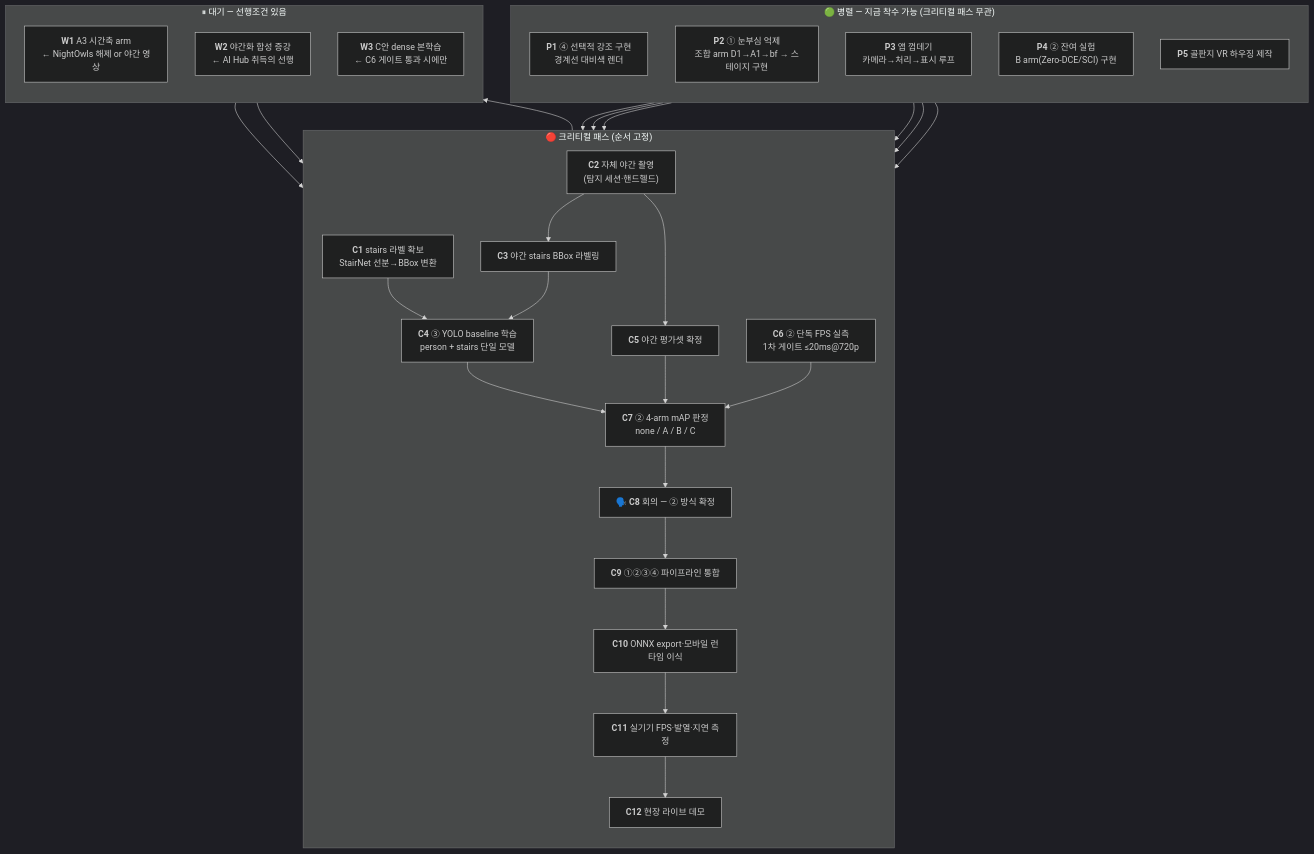
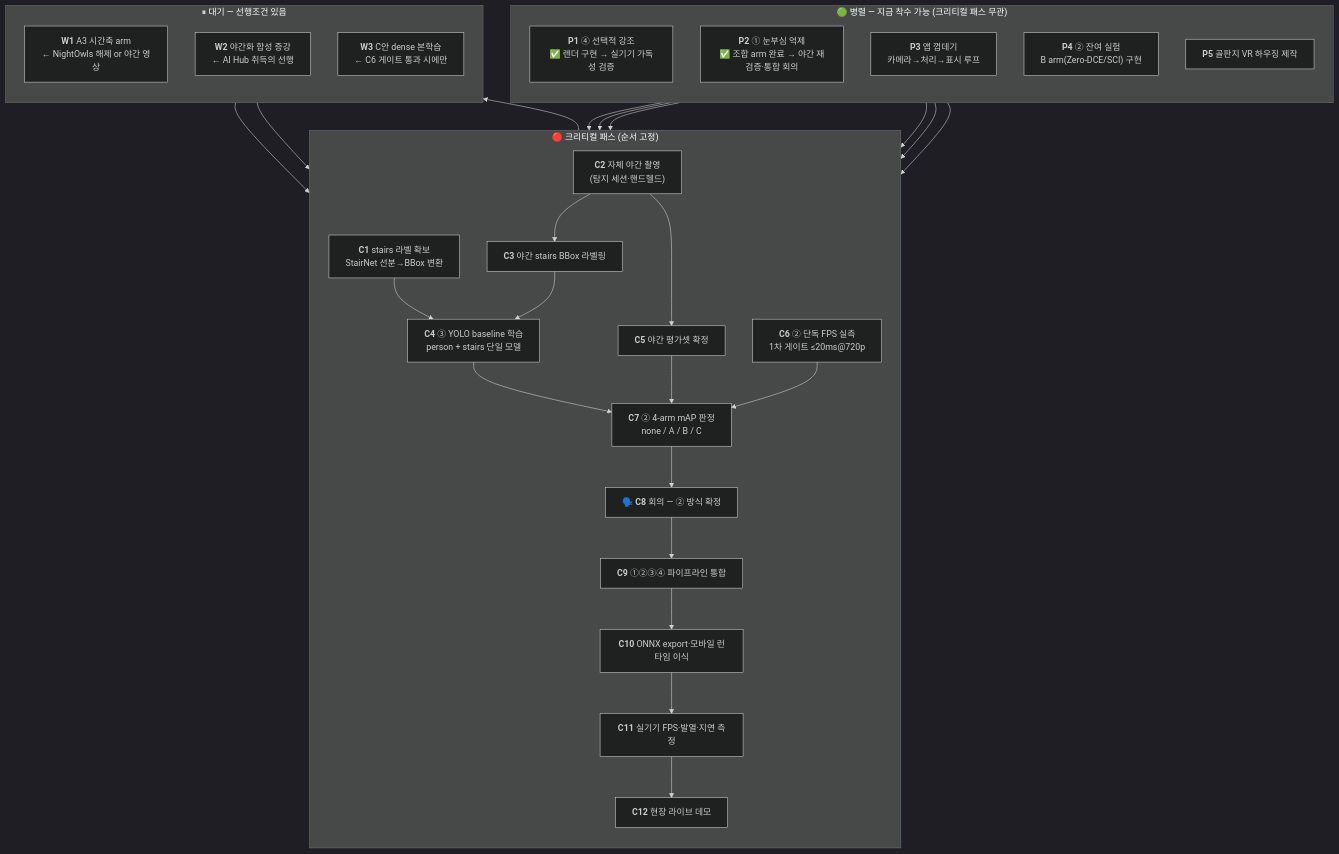
Before and after one commit to kty2001/KDT_Hackathon: the diagram in docs/TODO.md, drawn with Mermaid (dark theme). The commit also changed other lines of this file and 6 other files, not shown here.

````diff
--- a/docs/TODO.md
+++ b/docs/TODO.md
@@ -45,51 +46,51 @@
 ```mermaid
 flowchart TD
     subgraph CP["🔴 크리티컬 패스 (순서 고정)"]
         direction TB
         C1["<b>C1</b> stairs 라벨 확보<br/>StairNet 선분→BBox 변환"]
         C2["<b>C2</b> 자체 야간 촬영<br/>(탐지 세션·핸드헬드)"]
         C3["<b>C3</b> 야간 stairs BBox 라벨링"]
         C4["<b>C4</b> ③ YOLO baseline 학습<br/>person + stairs 단일 모델"]
         C5["<b>C5</b> 야간 평가셋 확정"]
         C6["<b>C6</b> ② 단독 FPS 실측<br/>1차 게이트 ≤20ms@720p"]
         C7["<b>C7</b> ② 4-arm mAP 판정<br/>none / A / B / C"]
         C8["🗣️ <b>C8</b> 회의 — ② 방식 확정"]
         C9["<b>C9</b> ①②③④ 파이프라인 통합"]
         C10["<b>C10</b> ONNX export·모바일 런타임 이식"]
         C11["<b>C11</b> 실기기 FPS·발열·지연 측정"]
         C12["<b>C12</b> 현장 라이브 데모"]
 
         C1 --> C4
         C2 --> C3 --> C4
         C2 --> C5
         C4 --> C7
         C5 --> C7
         C6 --> C7
         C7 --> C8 --> C9 --> C10 --> C11 --> C12
     end
 
     subgraph PAR["🟢 병렬 — 지금 착수 가능 (크리티컬 패스 무관)"]
         direction TB
-        N1["<b>P1</b> ④ 선택적 강조 구현<br/>경계선 대비색 렌더"]
-        N2["<b>P2</b> ① 눈부심 억제<br/>조합 arm D1→A1→bf → 스테이지 구현"]
+        N1["<b>P1</b> ④ 선택적 강조<br/>✅ 렌더 구현 → 실기기 가독성 검증"]
+        N2["<b>P2</b> ① 눈부심 억제<br/>✅ 조합 arm 완료 → 야간 재검증·통합 회의"]
         N3["<b>P3</b> 앱 껍데기<br/>카메라→처리→표시 루프"]
         N4["<b>P4</b> ② 잔여 실험<br/>B arm(Zero-DCE/SCI) 구현"]
         N5["<b>P5</b> 골판지 VR 하우징 제작"]
     end
 
     subgraph WAIT["⏸ 대기 — 선행조건 있음"]
         direction TB
         N6["<b>W1</b> A3 시간축 arm<br/>← NightOwls 해제 or 야간 영상"]
         N7["<b>W2</b> 야간화 합성 증강<br/>← AI Hub 취득의 선행"]
         N8["<b>W3</b> C안 dense 본학습<br/>← C6 게이트 통과 시에만"]
     end
 
     N1 --> C9
     N2 --> C6
     N2 --> C9
     N3 --> C9
     N4 --> C6
     N5 --> C11
     N6 --> C9
     C6 --> N8 --> C7
 ```
````
